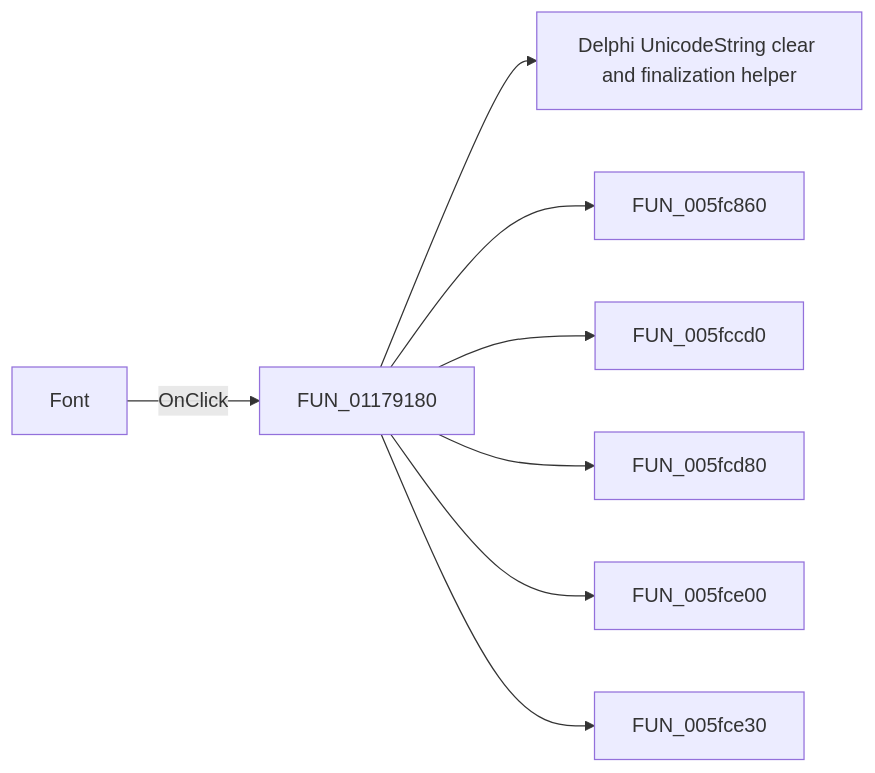
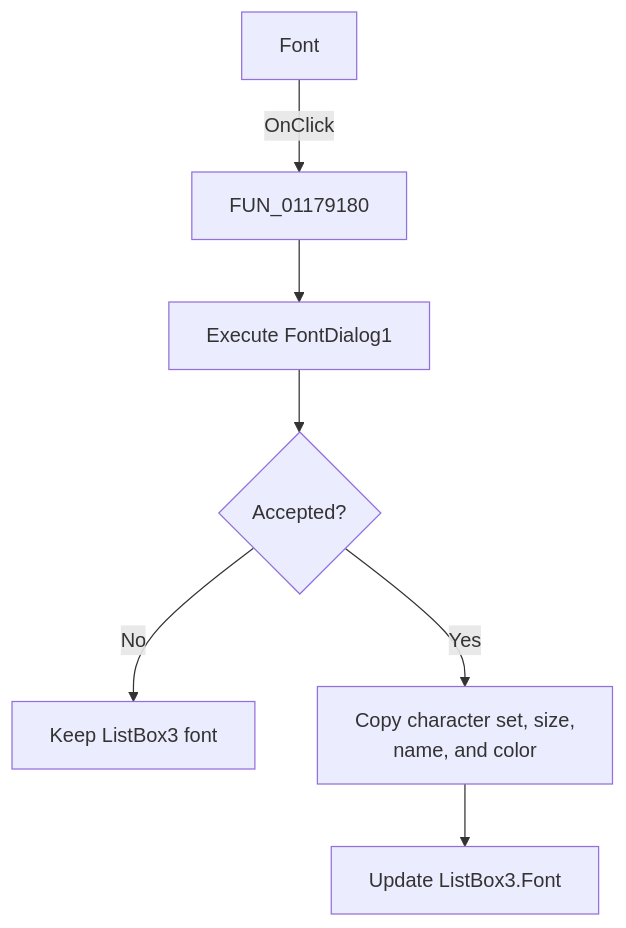
The diagram in docs/ui-controls/response-form1/fonttype3-55eb8d179d.md (MovGP0/TIARA), drawn with Mermaid before and after one commit. The commit also changed other lines of this file and 1062 other files, not shown here.

````diff
--- a/docs/ui-controls/response-form1/fonttype3-55eb8d179d.md
+++ b/docs/ui-controls/response-form1/fonttype3-55eb8d179d.md
@@ -27,10 +27,9 @@
 ```mermaid
-flowchart LR
+flowchart TD
     control["Font"] -->|OnClick| handler["FUN_01179180"]
-    handler --> call1["Delphi UnicodeString clear and finalization helper"]
-    handler --> call2["FUN_005fc860"]
-    handler --> call3["FUN_005fccd0"]
-    handler --> call4["FUN_005fcd80"]
-    handler --> call5["FUN_005fce00"]
-    handler --> call6["FUN_005fce30"]
+    handler --> dialog["Execute FontDialog1"]
+    dialog --> accepted{"Accepted?"}
+    accepted -->|No| keep["Keep ListBox3 font"]
+    accepted -->|Yes| copy["Copy character set, size,<br/>name, and color"]
+    copy --> target["Update ListBox3.Font"]
 ```
````
